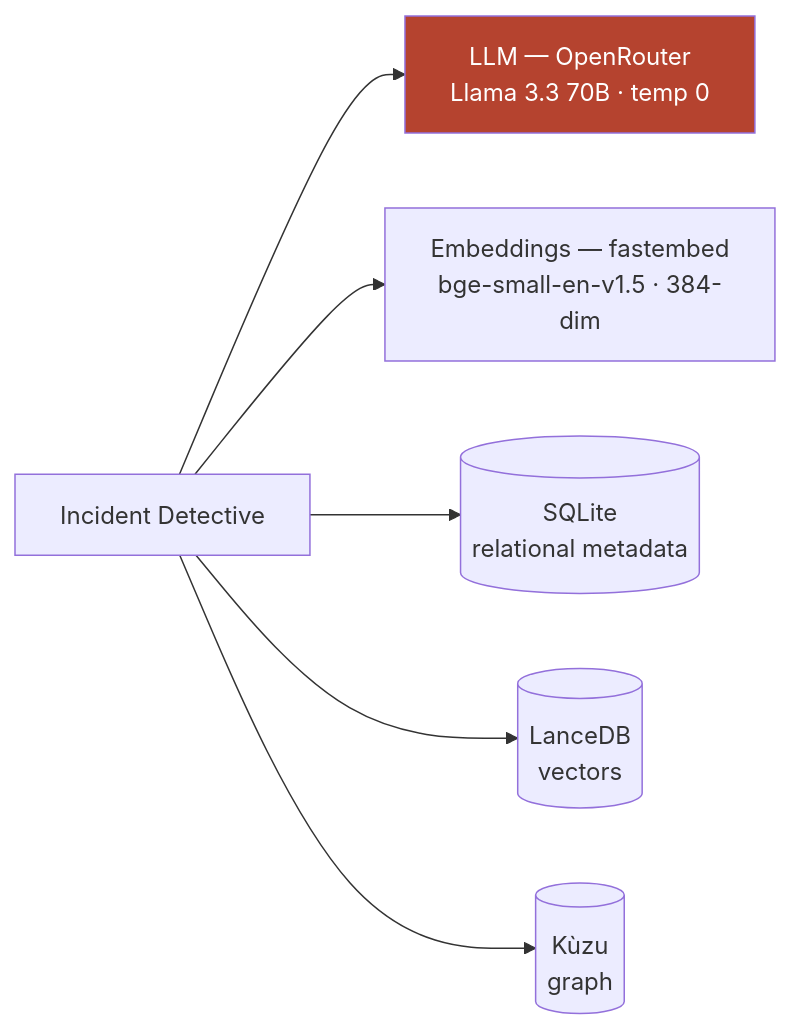
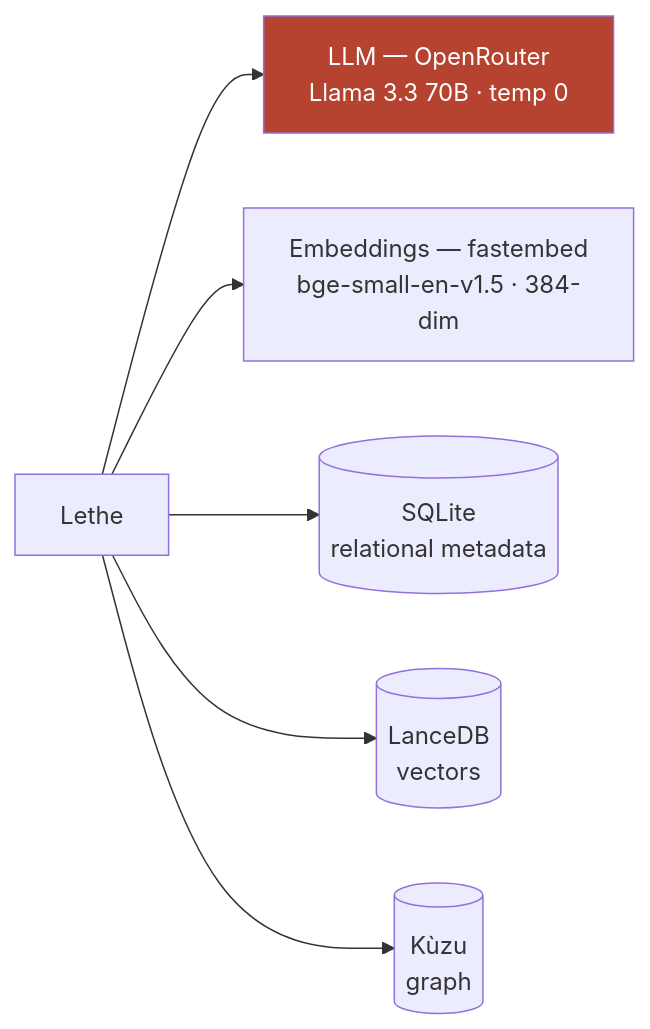
Before and after one commit to vinayaksonthalia/lethe: the diagram in learning/02-cognee-deep-dive/config-and-the-self-hosted-stack.md, drawn with Mermaid. The commit also changed other lines of this file and 15 other files, not shown here.

````diff
--- a/learning/02-cognee-deep-dive/config-and-the-self-hosted-stack.md
+++ b/learning/02-cognee-deep-dive/config-and-the-self-hosted-stack.md
@@ -15,9 +15,9 @@
 ```mermaid
 flowchart LR
-    APP["Incident Detective"] --> LLM["LLM — OpenRouter<br/>Llama 3.3 70B · temp 0"]
+    APP["Lethe"] --> LLM["LLM — OpenRouter<br/>Llama 3.3 70B · temp 0"]
     APP --> EMB["Embeddings — fastembed<br/>bge-small-en-v1.5 · 384-dim"]
     APP --> SQL[("SQLite<br/>relational metadata")]
     APP --> LDB[("LanceDB<br/>vectors")]
     APP --> KZ[("Kùzu<br/>graph")]
     style LLM fill:#b5432f,color:#fff
 ```
````
